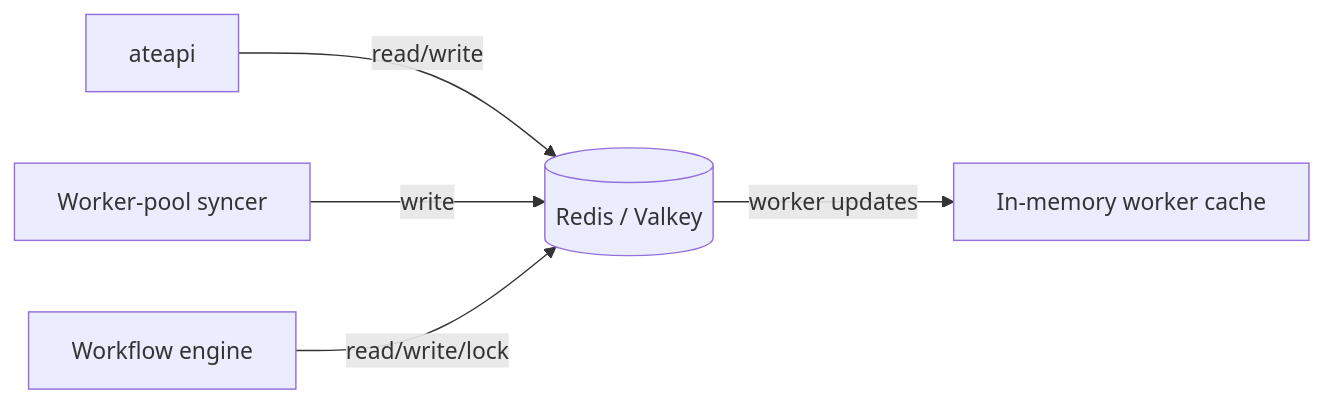
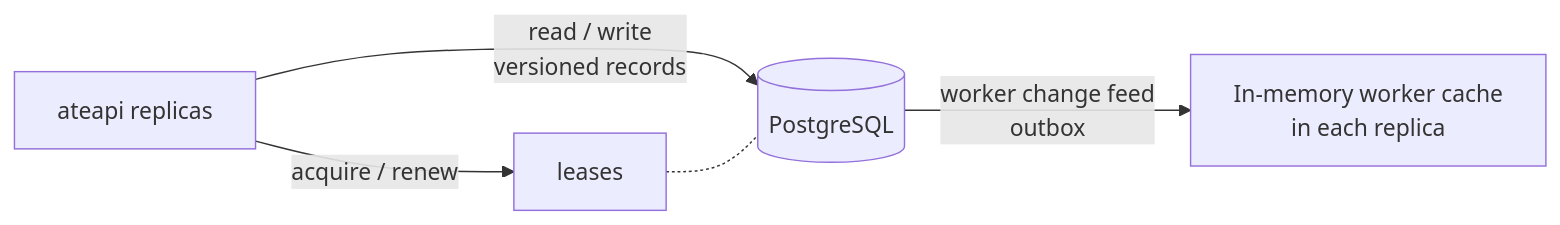
One commit to christian-posta/substrate changed the first of 2 diagrams in atlas/src/content/docs/components/storage.mdx. Above: the diagram before and after it, drawn with Mermaid. The commit also changed other lines of this file and 34 other files, not shown here.

````diff
--- a/atlas/src/content/docs/components/storage.mdx
+++ b/atlas/src/content/docs/components/storage.mdx
@@ -17,9 +21,9 @@
 ```mermaid
 flowchart LR
-  API[ateapi] -- read/write --> R[(Redis / Valkey)]
-  SYNC[Worker-pool syncer] -- write --> R
-  WF[Workflow engine] -- read/write/lock --> R
-  R -- worker updates --> WC[In-memory worker cache]
+  API[ateapi replicas] -- read / write<br/>versioned records --> PG[(PostgreSQL)]
+  API -- acquire / renew --> L[leases]
+  PG -- worker change feed<br/>outbox --> WC[In-memory worker cache<br/>in each replica]
+  L -.- PG
 
   click API "/components/ateapi/" "ateapi"
 ```
````
